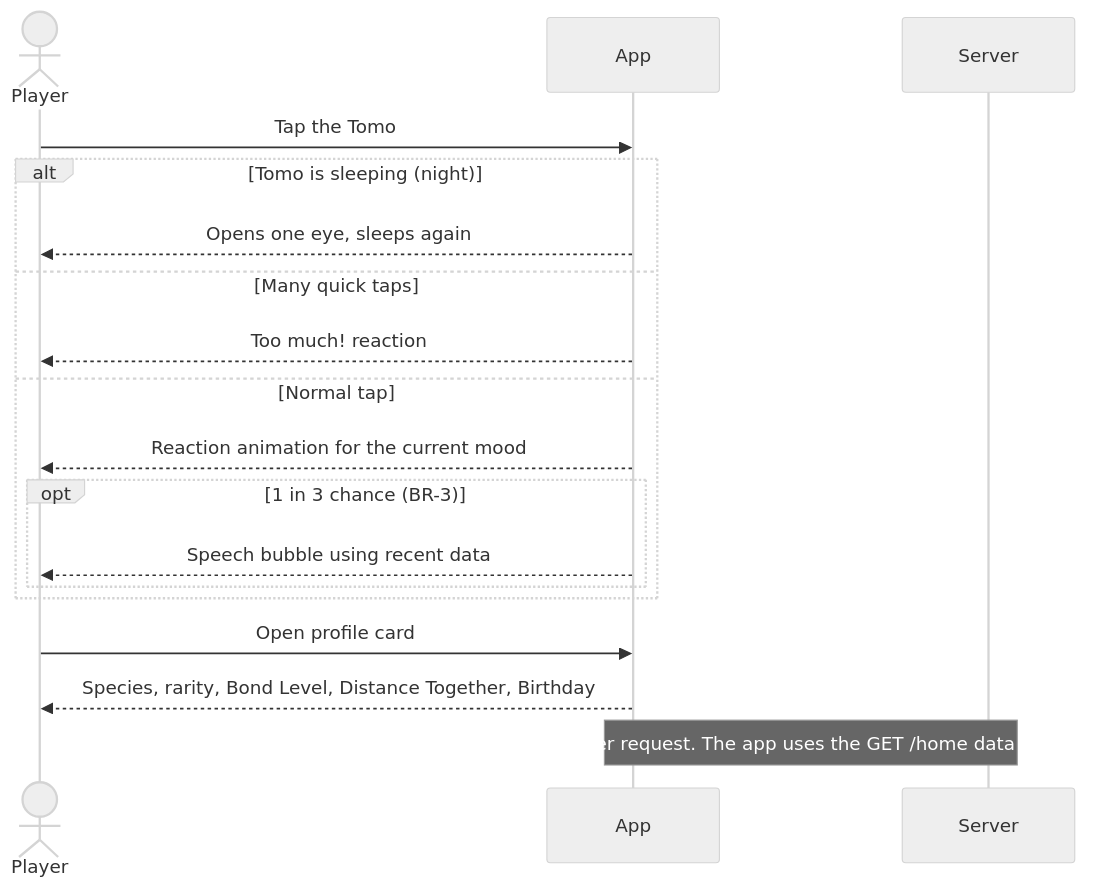
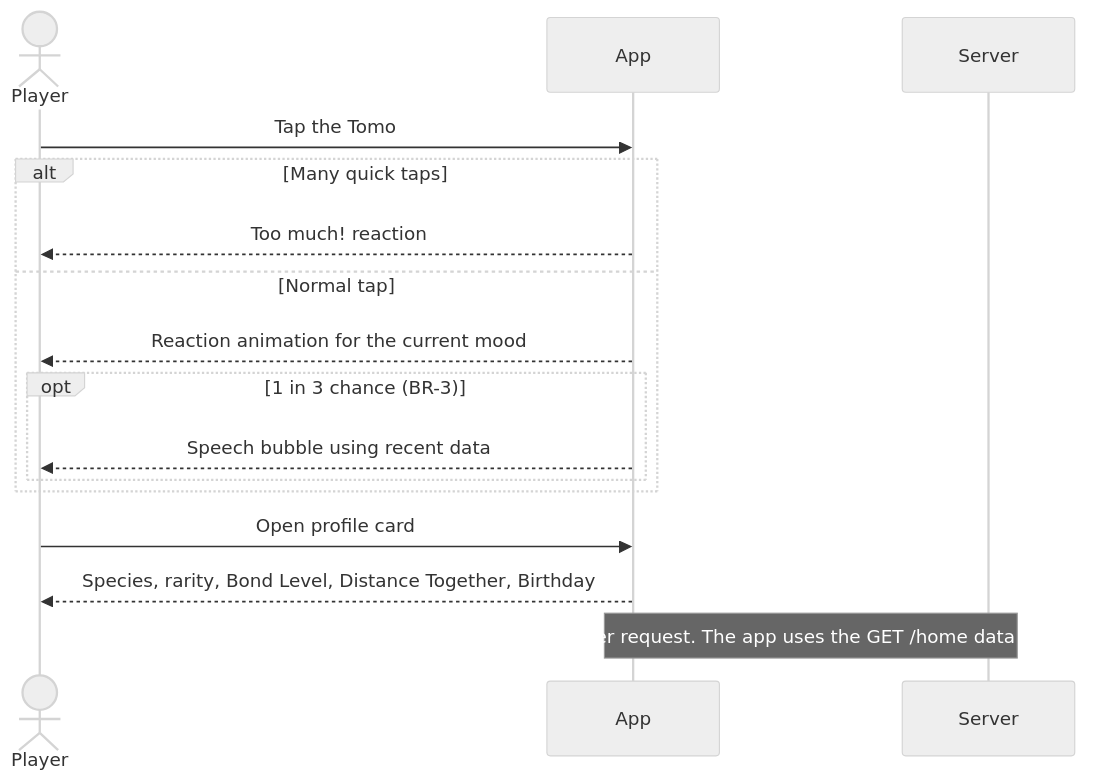
The diagram in docs/usecases/UC-09-interact-with-tomo.md (zhangs-tech/runtomo), drawn with Mermaid (neutral theme) before and after one commit. The commit also changed other lines of this file and 10 other files, not shown here.

````diff
--- a/docs/usecases/UC-09-interact-with-tomo.md
+++ b/docs/usecases/UC-09-interact-with-tomo.md
@@ -53,21 +52,19 @@
 ```mermaid
 sequenceDiagram
     actor P as Player
     participant A as App
     participant S as Server
 
     P->>A: Tap the Tomo
-    alt Tomo is sleeping (night)
-        A-->>P: Opens one eye, sleeps again
-    else Many quick taps
+    alt Many quick taps
         A-->>P: Too much! reaction
     else Normal tap
         A-->>P: Reaction animation for the current mood
         opt 1 in 3 chance (BR-3)
             A-->>P: Speech bubble using recent data
         end
     end
     P->>A: Open profile card
     A-->>P: Species, rarity, Bond Level, Distance Together, Birthday
     Note over A,S: No server request. The app uses the GET /home data (UC-08).
 ```
````
